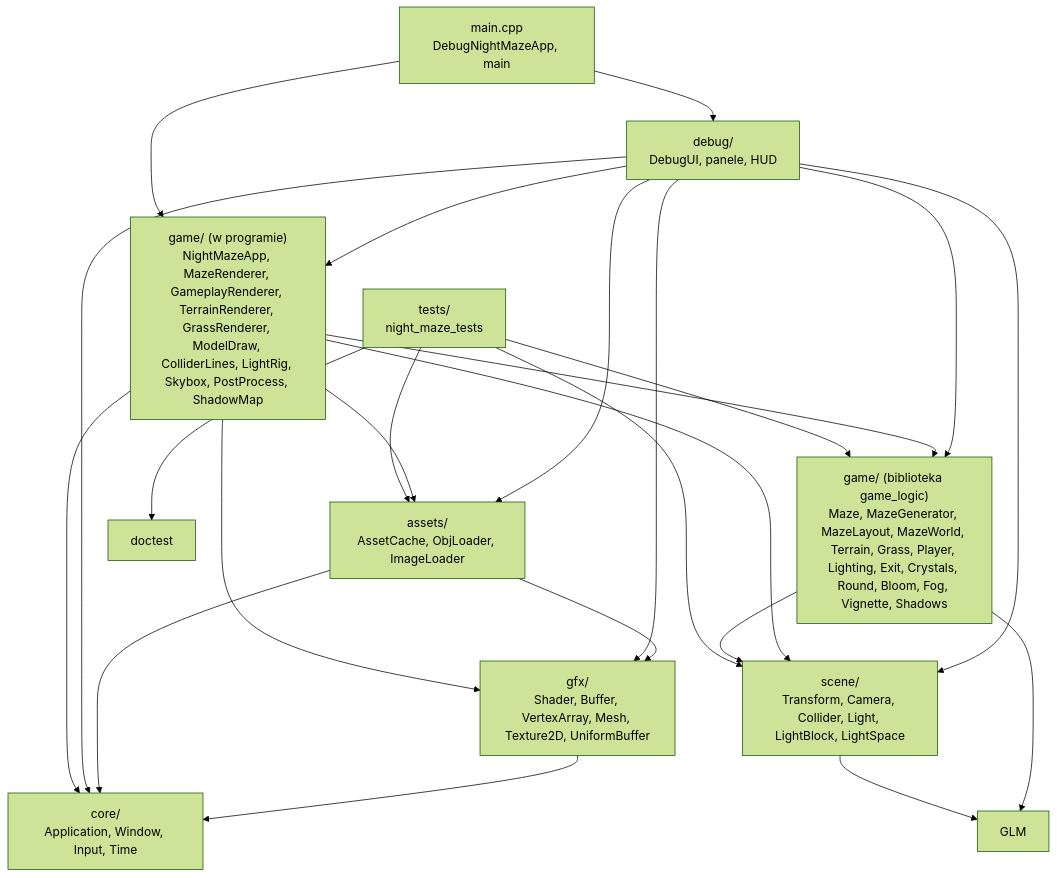
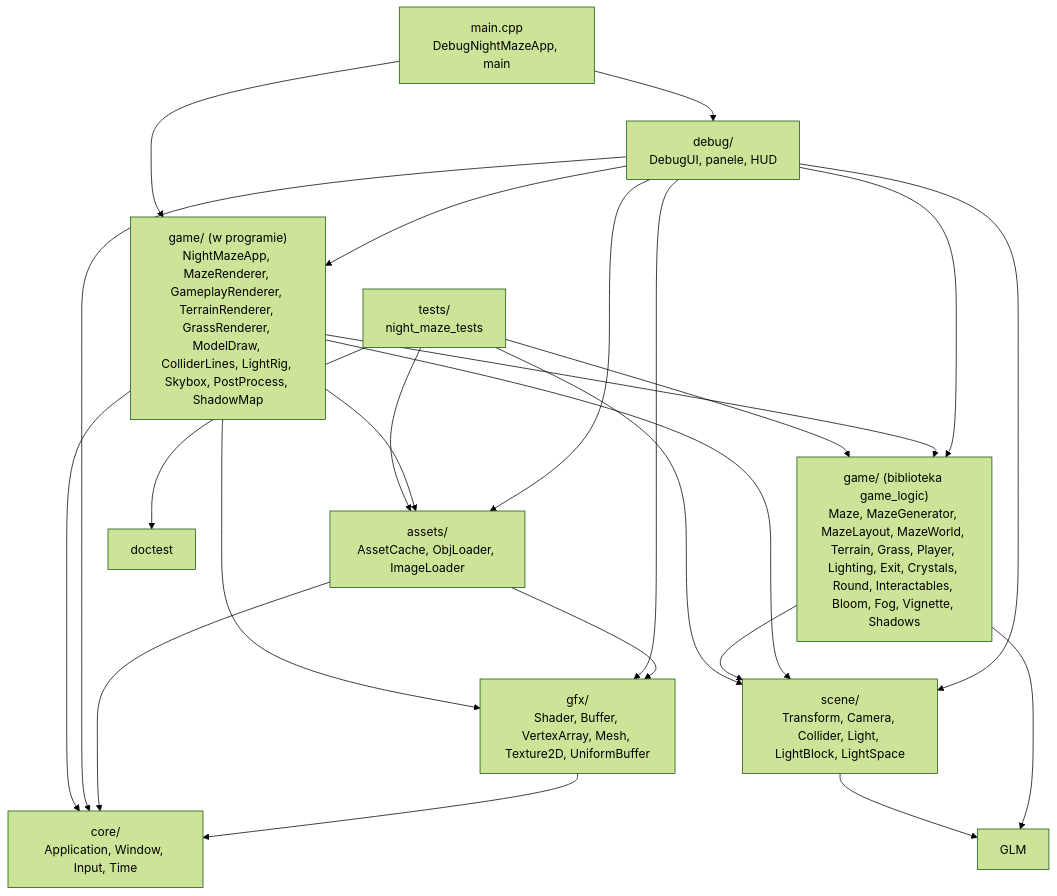
One commit to Shironex/night-maze changed the diagram in docs/modules/game/README.md. Above: the diagram before and after it, drawn with Mermaid (forest theme). The commit also changed other lines of this file and 6 other files, not shown here.

````diff
--- a/docs/modules/game/README.md
+++ b/docs/modules/game/README.md
@@ -85,26 +88,26 @@
 ```mermaid
 flowchart TD
     Main["main.cpp<br/>DebugNightMazeApp, main"] --> Debug["debug/<br/>DebugUI, panele, HUD"]
     Main --> App["game/ (w programie)<br/>NightMazeApp, MazeRenderer, GameplayRenderer, TerrainRenderer, GrassRenderer, ModelDraw, ColliderLines, LightRig, Skybox, PostProcess, ShadowMap"]
     Tests["tests/<br/>night_maze_tests"] --> Logic
     Tests --> Scene
     Tests --> Assets
-    Logic["game/ (biblioteka game_logic)<br/>Maze, MazeGenerator, MazeLayout, MazeWorld, Terrain, Grass, Player, Lighting, Exit, Crystals, Round, Bloom, Fog, Vignette, Shadows"] --> Scene["scene/<br/>Transform, Camera, Collider, Light, LightBlock, LightSpace"]
+    Logic["game/ (biblioteka game_logic)<br/>Maze, MazeGenerator, MazeLayout, MazeWorld, Terrain, Grass, Player, Lighting, Exit, Crystals, Round, Interactables, Bloom, Fog, Vignette, Shadows"] --> Scene["scene/<br/>Transform, Camera, Collider, Light, LightBlock, LightSpace"]
     App --> Logic
     App --> Scene
     App --> Assets["assets/<br/>AssetCache, ObjLoader, ImageLoader"]
     App --> Gfx["gfx/<br/>Shader, Buffer, VertexArray, Mesh, Texture2D, UniformBuffer"]
     App --> Core["core/<br/>Application, Window, Input, Time"]
     Debug --> Core
     Debug --> Gfx
     Debug --> Scene
     Debug --> Assets
     Debug --> App
     Debug --> Logic
     Assets --> Gfx
     Assets --> Core
     Gfx --> Core
     Scene --> Glm["GLM"]
     Logic --> Glm
     Tests --> Doctest["doctest"]
 ```
````
